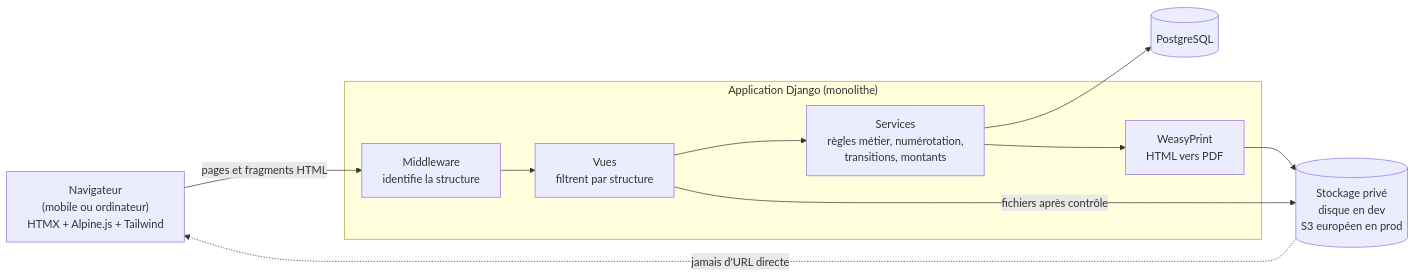
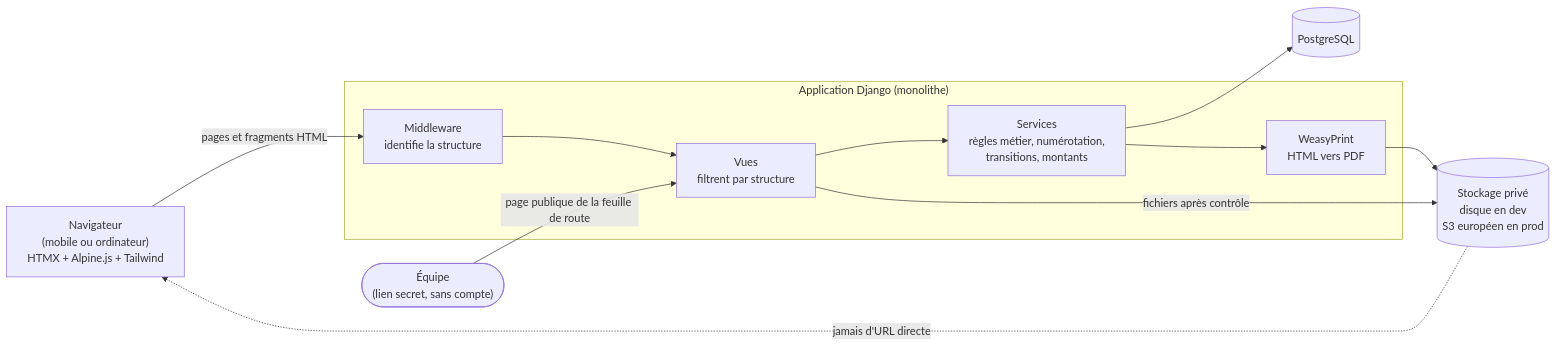
Diagram 16 of 16 in docs/09-cas-d-usage-et-diagrammes.md (GaetanCSimplon/spectacle_vivant), drawn with Mermaid before and after one commit. The commit also changed other lines of this file and 2 other files, not shown here.

Commit message:
Update summary, diagrams and plain-language overview after Sprint 3.7

````diff
--- a/docs/09-cas-d-usage-et-diagrammes.md
+++ b/docs/09-cas-d-usage-et-diagrammes.md
@@ -484,23 +580,25 @@
 ```mermaid
 flowchart LR
     nav["Navigateur<br/>(mobile ou ordinateur)<br/>HTMX + Alpine.js + Tailwind"]
 
     subgraph srv["Application Django (monolithe)"]
         mw["Middleware<br/>identifie la structure"]
         vues["Vues<br/>filtrent par structure"]
         svc["Services<br/>règles métier, numérotation,<br/>transitions, montants"]
         pdf["WeasyPrint<br/>HTML vers PDF"]
     end
 
+    public(["Équipe<br/>(lien secret, sans compte)"])
     pg[("PostgreSQL")]
     st[("Stockage privé<br/>disque en dev<br/>S3 européen en prod")]
 
     nav -->|"pages et fragments HTML"| mw
     mw --> vues
     vues --> svc
     svc --> pg
     svc --> pdf
     pdf --> st
     vues -->|"fichiers après contrôle"| st
     st -.->|"jamais d'URL directe"| nav
+    public -->|"page publique de la feuille de route"| vues
 ```
````
